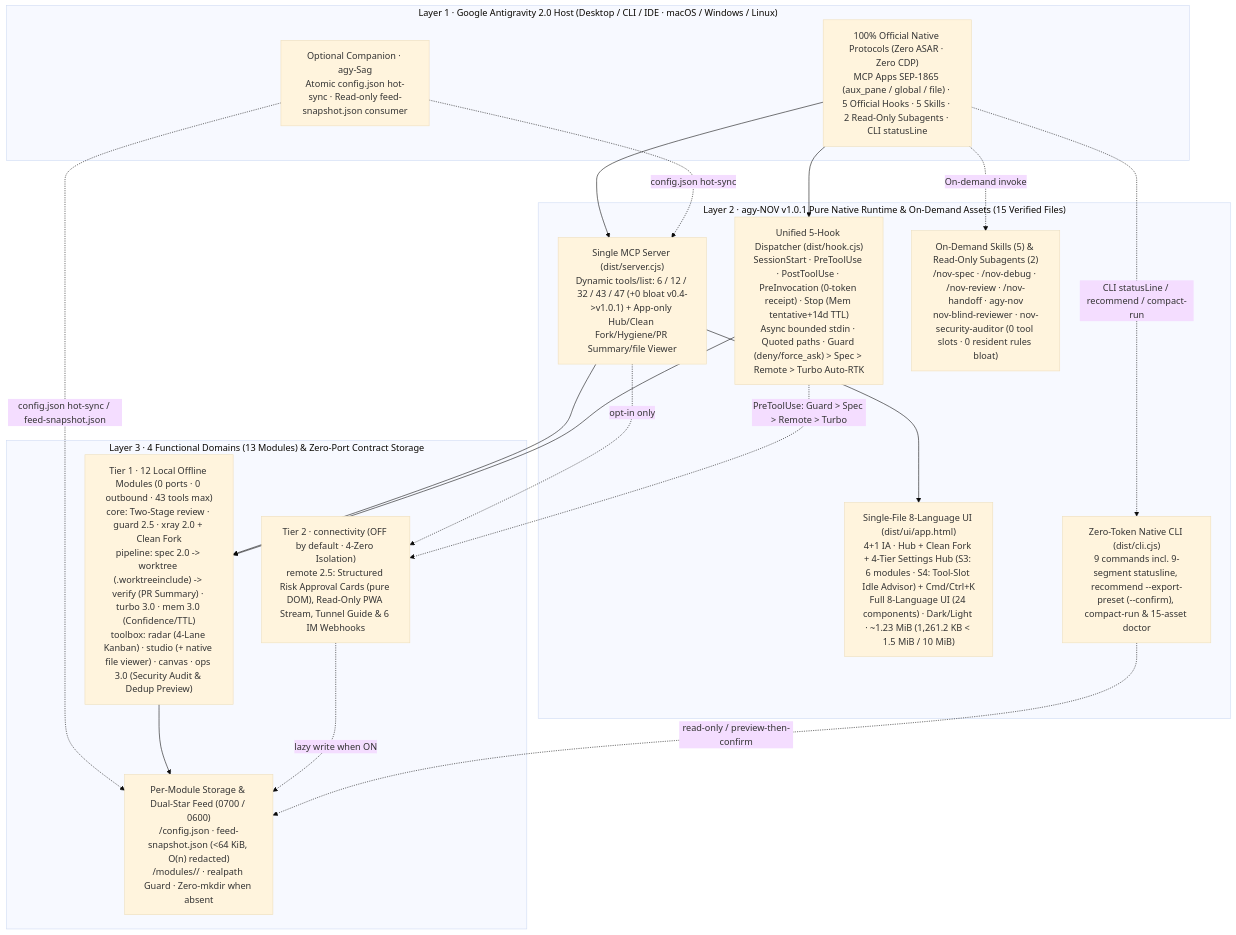
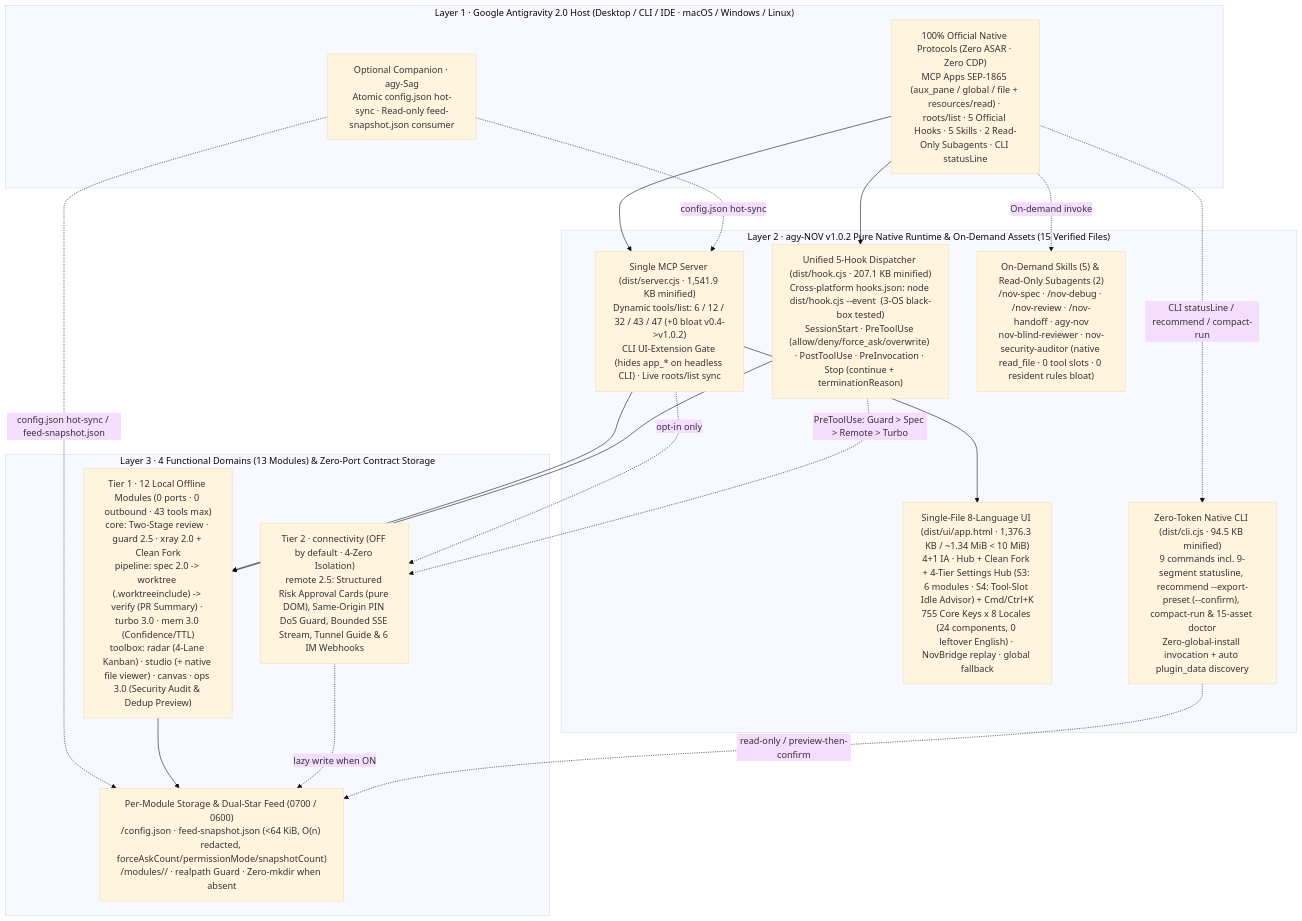
The diagram in README.md (tone-leh/agy-NOV), drawn with Mermaid (base theme) before and after one commit. The commit also changed other lines of this file and 84 other files, not shown here.

Commit message:
fix(v1.0.2): Antigravity 2.35+ runtime hardening, CLI 47-tool gate, dynamic roots, 755-key 8-locale UI & 45% bundle minification

````diff
--- a/README.md
+++ b/README.md
@@ -264,36 +264,36 @@
 ```mermaid
 flowchart TB
   subgraph L1["Layer 1 · Google Antigravity 2.0 Host (Desktop / CLI / IDE · macOS / Windows / Linux)"]
-    Host["100% Official Native Protocols (Zero ASAR · Zero CDP)\nMCP Apps SEP-1865 (aux_pane / global / file) · 5 Official Hooks · 5 Skills · 2 Read-Only Subagents · CLI statusLine"]
+    Host["100% Official Native Protocols (Zero ASAR · Zero CDP)\nMCP Apps SEP-1865 (aux_pane / global / file + resources/read) · roots/list · 5 Official Hooks · 5 Skills · 2 Read-Only Subagents · CLI statusLine"]
     Sag["Optional Companion · agy-Sag\nAtomic config.json hot-sync · Read-only feed-snapshot.json consumer"]
   end
 
-  subgraph L2["Layer 2 · agy-NOV v1.0.1 Pure Native Runtime & On-Demand Assets (15 Verified Files)"]
-    MCP["Single MCP Server (dist/server.cjs)\nDynamic tools/list: 6 / 12 / 32 / 43 / 47 (+0 bloat v0.4->v1.0.1) + App-only Hub/Clean Fork/Hygiene/PR Summary/file Viewer"]
-    Hook["Unified 5-Hook Dispatcher (dist/hook.cjs)\nSessionStart · PreToolUse · PostToolUse · PreInvocation (0-token receipt) · Stop (Mem tentative+14d TTL)\nAsync bounded stdin · Quoted paths · Guard (deny/force_ask) > Spec > Remote > Turbo Auto-RTK"]
-    UI["Single-File 8-Language UI (dist/ui/app.html)\n4+1 IA · Hub + Clean Fork + 4-Tier Settings Hub (S3: 6 modules · S4: Tool-Slot Idle Advisor) + Cmd/Ctrl+K\nFull 8-Language UI (24 components) · Dark/Light · ~1.23 MiB (1,261.2 KB < 1.5 MiB / 10 MiB)"]
-    Playbooks["On-Demand Skills (5) & Read-Only Subagents (2)\n/nov-spec · /nov-debug · /nov-review · /nov-handoff · agy-nov\nnov-blind-reviewer · nov-security-auditor (0 tool slots · 0 resident rules bloat)"]
-    CLI["Zero-Token Native CLI (dist/cli.cjs)\n9 commands incl. 9-segment statusline, recommend --export-preset (--confirm), compact-run & 15-asset doctor"]
+  subgraph L2["Layer 2 · agy-NOV v1.0.2 Pure Native Runtime & On-Demand Assets (15 Verified Files)"]
+    MCP["Single MCP Server (dist/server.cjs · 1,541.9 KB minified)\nDynamic tools/list: 6 / 12 / 32 / 43 / 47 (+0 bloat v0.4->v1.0.2)\nCLI UI-Extension Gate (hides app_* on headless CLI) · Live roots/list sync"]
+    Hook["Unified 5-Hook Dispatcher (dist/hook.cjs · 207.1 KB minified)\nCross-platform hooks.json: node dist/hook.cjs --event <Event> (3-OS black-box tested)\nSessionStart · PreToolUse (allow/deny/force_ask/overwrite) · PostToolUse · PreInvocation · Stop (continue + terminationReason)"]
+    UI["Single-File 8-Language UI (dist/ui/app.html · 1,376.3 KB / ~1.34 MiB < 10 MiB)\n4+1 IA · Hub + Clean Fork + 4-Tier Settings Hub (S3: 6 modules · S4: Tool-Slot Idle Advisor) + Cmd/Ctrl+K\n755 Core Keys x 8 Locales (24 components, 0 leftover English) · NovBridge replay · global fallback"]
+    Playbooks["On-Demand Skills (5) & Read-Only Subagents (2)\n/nov-spec · /nov-debug · /nov-review · /nov-handoff · agy-nov\nnov-blind-reviewer · nov-security-auditor (native read_file · 0 tool slots · 0 resident rules bloat)"]
+    CLI["Zero-Token Native CLI (dist/cli.cjs · 94.5 KB minified)\n9 commands incl. 9-segment statusline, recommend --export-preset (--confirm), compact-run & 15-asset doctor\nZero-global-install invocation + auto plugin_data discovery"]
   end
 
   subgraph L3["Layer 3 · 4 Functional Domains (13 Modules) & Zero-Port Contract Storage"]
     T1["Tier 1 · 12 Local Offline Modules (0 ports · 0 outbound · 43 tools max)\ncore: Two-Stage review · guard 2.5 · xray 2.0 + Clean Fork\npipeline: spec 2.0 -> worktree (.worktreeinclude) -> verify (PR Summary) · turbo 3.0 · mem 3.0 (Confidence/TTL)\ntoolbox: radar (4-Lane Kanban) · studio (+ native file viewer) · canvas · ops 3.0 (Security Audit & Dedup Preview)"]
-    T2R["Tier 2 · connectivity (OFF by default · 4-Zero Isolation)\nremote 2.5: Structured Risk Approval Cards (pure DOM), Read-Only PWA Stream, Tunnel Guide & 6 IM Webhooks"]
-    Store["Per-Module Storage & Dual-Star Feed (0700 / 0600)\n<dataDir>/config.json · feed-snapshot.json (<64 KiB, O(n) redacted)\n<dataDir>/modules/<id>/ · realpath Guard · Zero-mkdir when absent"]
+    T2R["Tier 2 · connectivity (OFF by default · 4-Zero Isolation)\nremote 2.5: Structured Risk Approval Cards (pure DOM), Same-Origin PIN DoS Guard, Bounded SSE Stream, Tunnel Guide & 6 IM Webhooks"]
+    Store["Per-Module Storage & Dual-Star Feed (0700 / 0600)\n<dataDir>/config.json · feed-snapshot.json (<64 KiB, O(n) redacted, forceAskCount/permissionMode/snapshotCount)\n<dataDir>/modules/<id>/ · realpath Guard · Zero-mkdir when absent"]
   end
 
   Host --> MCP
   Host --> Hook
   Host -. "On-demand invoke" .-> Playbooks
   Host -. "CLI statusLine / recommend / compact-run" .-> CLI
   Sag -. "config.json hot-sync / feed-snapshot.json" .-> Store
   Sag -. "config.json hot-sync" .-> MCP
   MCP --> UI
   MCP --> T1
   MCP -. "opt-in only" .-> T2R
   Hook --> T1
   Hook -. "PreToolUse: Guard > Spec > Remote > Turbo" .-> T2R
   T1 --> Store
   T2R -. "lazy write when ON" .-> Store
   CLI -. "read-only / preview-then-confirm" .-> Store
 ```
````
